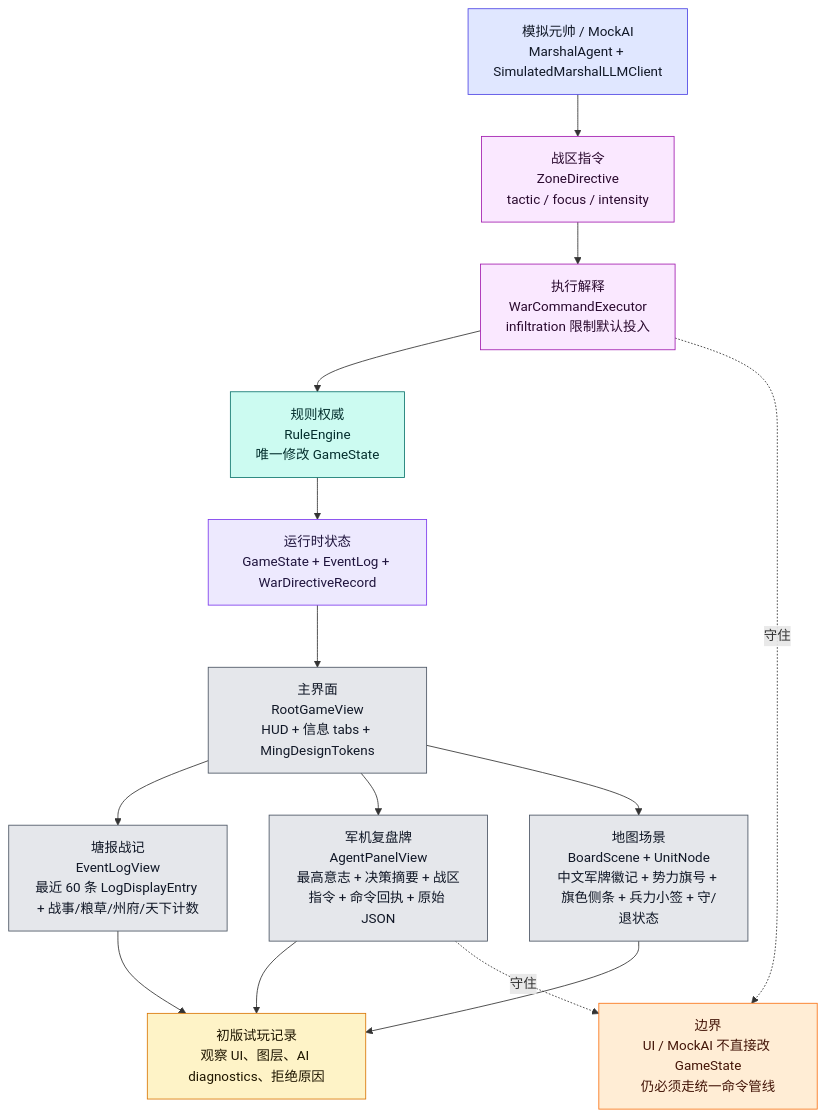
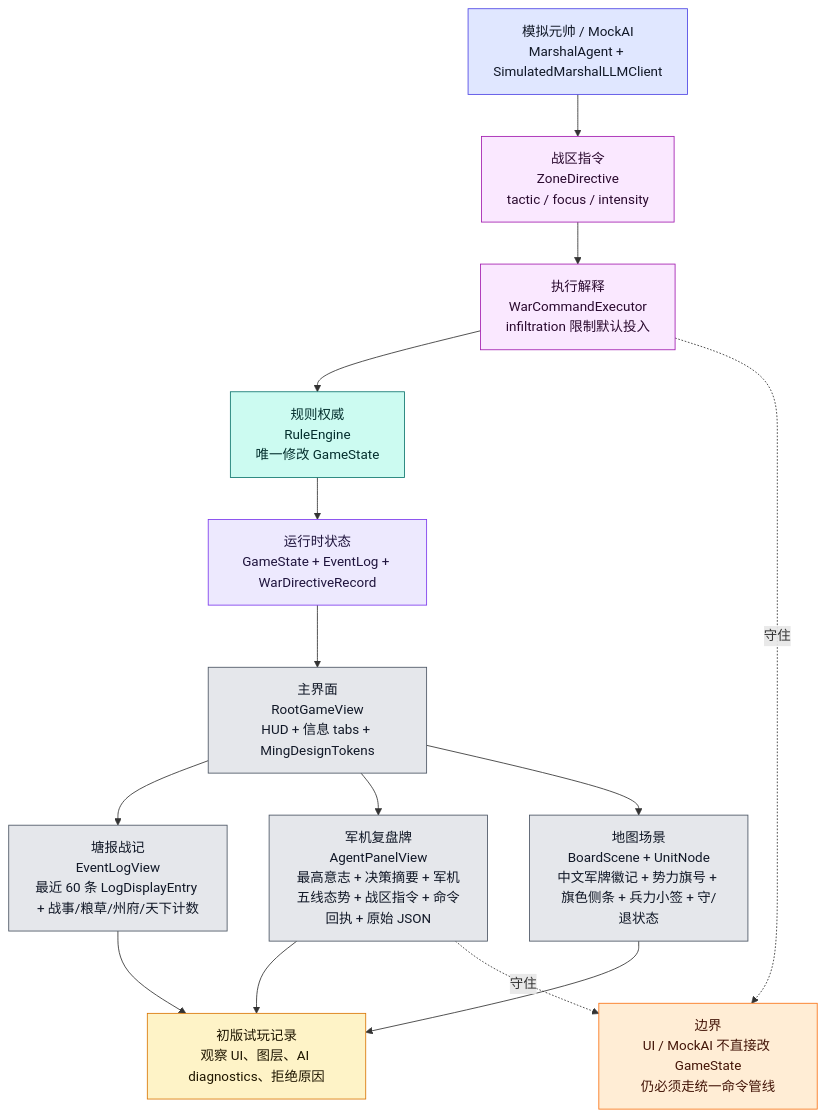
The eighth of 9 diagrams in md/flow/flowchart.md (Altman-sam114/123), drawn with Mermaid before and after one commit. The commit also changed other lines of this file and 8 other files, not shown here.

Commit message:
feat(ui): show campaign lines in agent panel

````diff
--- a/md/flow/flowchart.md
+++ b/md/flow/flowchart.md
@@ -478,34 +479,34 @@
 ```mermaid
 flowchart TD
     STATE["运行时状态<br/>GameState + EventLog + WarDirectiveRecord"]:::state
     ROOT["主界面<br/>RootGameView<br/>HUD + 信息 tabs + MingDesignTokens"]:::ui
     LOG["塘报战记<br/>EventLogView<br/>最近 60 条 LogDisplayEntry + 战事/粮草/州府/天下计数"]:::ui
-    AIUI["军机复盘牌<br/>AgentPanelView<br/>最高意志 + 决策摘要 + 战区指令 + 命令回执 + 原始 JSON"]:::ui
+    AIUI["军机复盘牌<br/>AgentPanelView<br/>最高意志 + 决策摘要 + 军机五线态势 + 战区指令 + 命令回执 + 原始 JSON"]:::ui
     BOARD["地图场景<br/>BoardScene + UnitNode<br/>中文军牌徽记 + 势力旗号 + 旗色侧条 + 兵力小签 + 守/退状态"]:::ui
     MARSHAL["模拟元帅 / MockAI<br/>MarshalAgent + SimulatedMarshalLLMClient"]:::ai
     ZD["战区指令<br/>ZoneDirective<br/>tactic / focus / intensity"]:::command
     WCE["执行解释<br/>WarCommandExecutor<br/>infiltration 限制默认投入"]:::command
     RULE["规则权威<br/>RuleEngine<br/>唯一修改 GameState"]:::rules
     PLAYTEST["初版试玩记录<br/>观察 UI、图层、AI diagnostics、拒绝原因"]:::doc
 
     STATE --> ROOT
     ROOT --> LOG
     ROOT --> AIUI
     ROOT --> BOARD
     MARSHAL --> ZD --> WCE --> RULE --> STATE
     AIUI --> PLAYTEST
     LOG --> PLAYTEST
     BOARD --> PLAYTEST
 
     WARN["边界<br/>UI / MockAI 不直接改 GameState<br/>仍必须走统一命令管线"]:::warn
     AIUI -.守住.-> WARN
     WCE -.守住.-> WARN
 
     classDef state fill:#ede9fe,stroke:#7c3aed,color:#1f143d
     classDef ui fill:#e5e7eb,stroke:#4b5563,color:#111827
     classDef ai fill:#e0e7ff,stroke:#4f46e5,color:#111827
     classDef command fill:#fae8ff,stroke:#a21caf,color:#2a0a2f
     classDef rules fill:#ccfbf1,stroke:#0f766e,color:#042f2e
     classDef doc fill:#fef3c7,stroke:#d97706,color:#1f1600
     classDef warn fill:#ffedd5,stroke:#f97316,color:#431407
 ```
````
